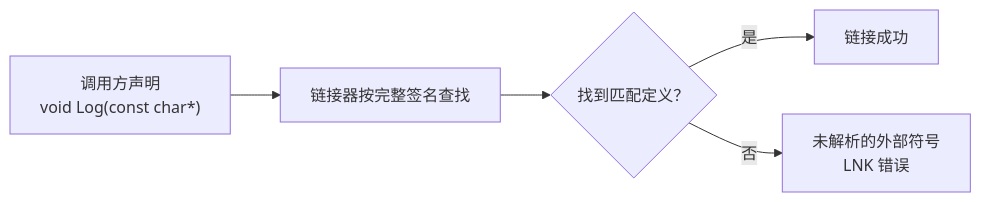
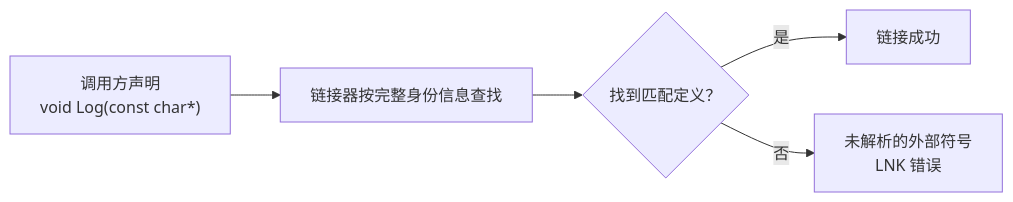
Before and after one commit to y10111/y10111.github.io: the second of 2 diagrams in docs/C++/第一章/1.7C++链接器的工作原理.md, drawn with Mermaid. The commit also changed other lines of this file and 10 other files, not shown here.

````diff
--- a/docs/C++/第一章/1.7C++链接器的工作原理.md
+++ b/docs/C++/第一章/1.7C++链接器的工作原理.md
@@ -108,7 +111,7 @@
 ```mermaid
 flowchart LR
-    A["调用方声明<br/>void Log(const char*)"] --> B["链接器按完整签名查找"]
+    A["调用方声明<br/>void Log(const char*)"] --> B["链接器按完整身份信息查找"]
     B --> C{找到匹配定义？}
     C -->|是| D["链接成功"]
     C -->|否| E["未解析的外部符号<br/>LNK 错误"]
 ```
````
